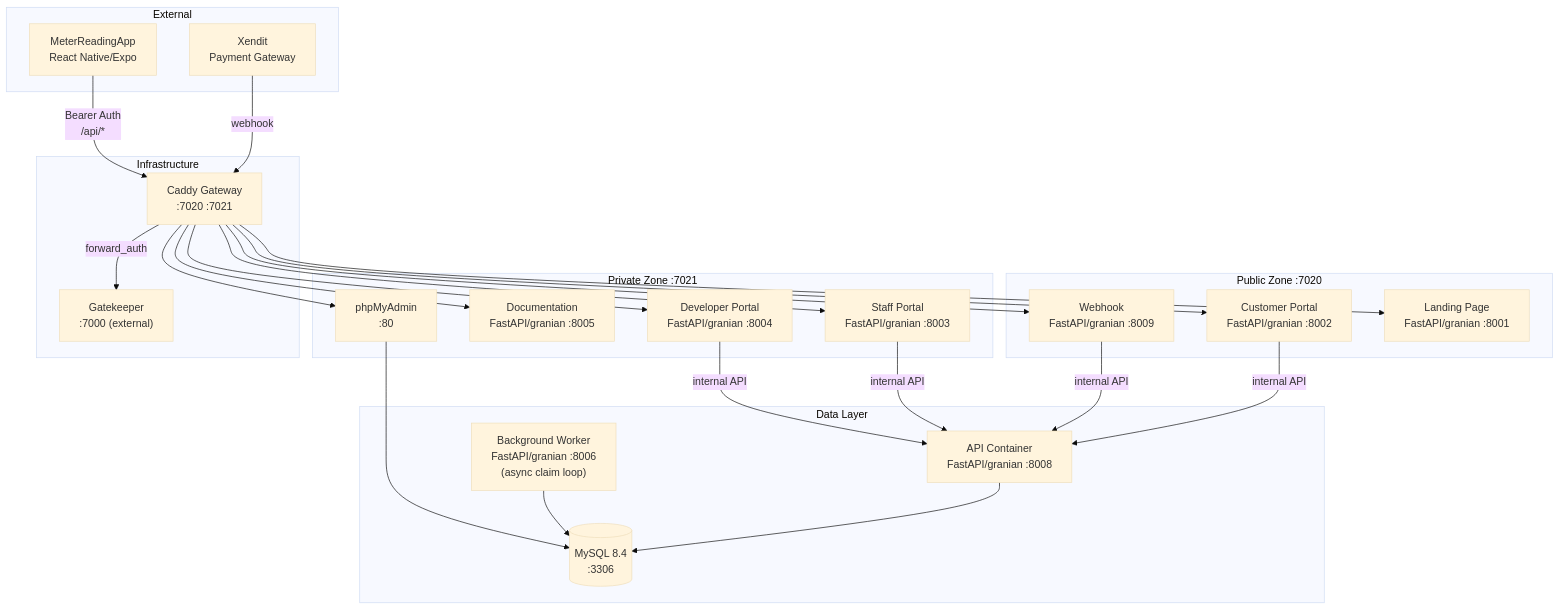
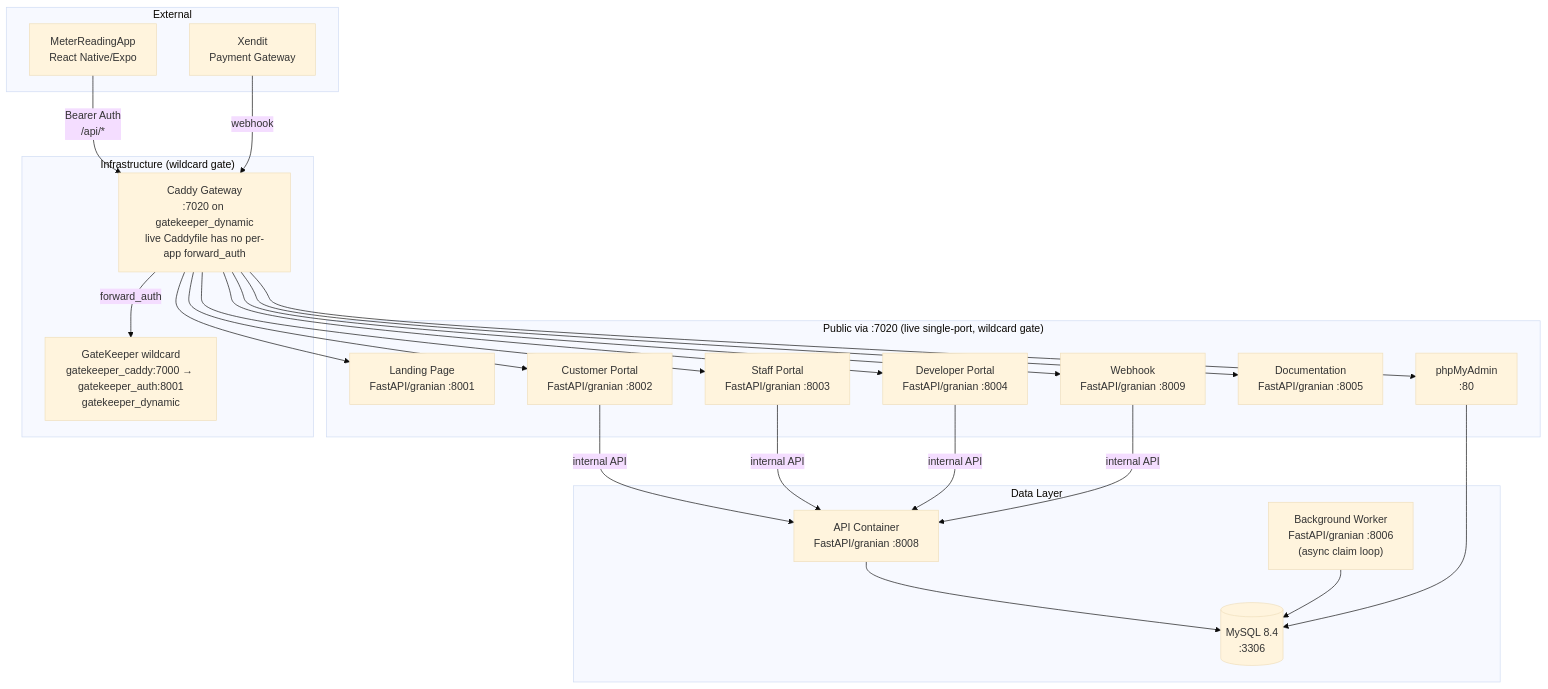
One commit to NovaProtocol/WaterBillingSystem changed the first of 6 diagrams in documentation/docs/architecture.md. Above: the diagram before and after it, drawn with Mermaid (base theme). The commit also changed other lines of this file and 2 other files, not shown here.

Commit message:
docs(wbs): sync to live single-port wildcard gate

````diff
--- a/documentation/docs/architecture.md
+++ b/documentation/docs/architecture.md
@@ -7,53 +7,50 @@
 ```mermaid
 graph TB
-    subgraph "Public Zone :7020"
+    subgraph "Public via :7020 (live single-port, wildcard gate)"
         LAND["Landing Page<br/>FastAPI/granian :8001"]
         CP["Customer Portal<br/>FastAPI/granian :8002"]
         WH["Webhook<br/>FastAPI/granian :8009"]
-    end
-
-    subgraph "Private Zone :7021"
         SP["Staff Portal<br/>FastAPI/granian :8003"]
         DP["Developer Portal<br/>FastAPI/granian :8004"]
         DOC["Documentation<br/>FastAPI/granian :8005"]
         PMA["phpMyAdmin<br/>:80"]
     end
 
     subgraph "Data Layer"
         API["API Container<br/>FastAPI/granian :8008"]
         DB[("MySQL 8.4<br/>:3306")]
         WORKER["Background Worker<br/>FastAPI/granian :8006<br/>(async claim loop)"]
     end
 
-    subgraph "Infrastructure"
-        CAD["Caddy Gateway<br/>:7020 :7021"]
-        GK["Gatekeeper<br/>:7000 (external)"]
+    subgraph "Infrastructure (wildcard gate)"
+        CAD["Caddy Gateway<br/>:7020 on gatekeeper_dynamic<br/>live Caddyfile has no per-app forward_auth"]
+        GK["GateKeeper wildcard<br/>gatekeeper_caddy:7000 → gatekeeper_auth:8001<br/>gatekeeper_dynamic"]
     end
 
     subgraph "External"
         MOB["MeterReadingApp<br/>React Native/Expo"]
         XENDIT["Xendit<br/>Payment Gateway"]
     end
 
     CAD --> LAND
     CAD --> CP
     CAD --> WH
     CAD --> SP
     CAD --> DP
     CAD --> DOC
     CAD --> PMA
 
     CP -->|"internal API"| API
     SP -->|"internal API"| API
     DP -->|"internal API"| API
     WH -->|"internal API"| API
 
     API --> DB
     WORKER --> DB
     PMA --> DB
 
     CAD -->|"forward_auth"| GK
 
     MOB -->|"Bearer Auth<br/>/api/*"| CAD
     XENDIT -->|"webhook"| CAD
 ```
````
